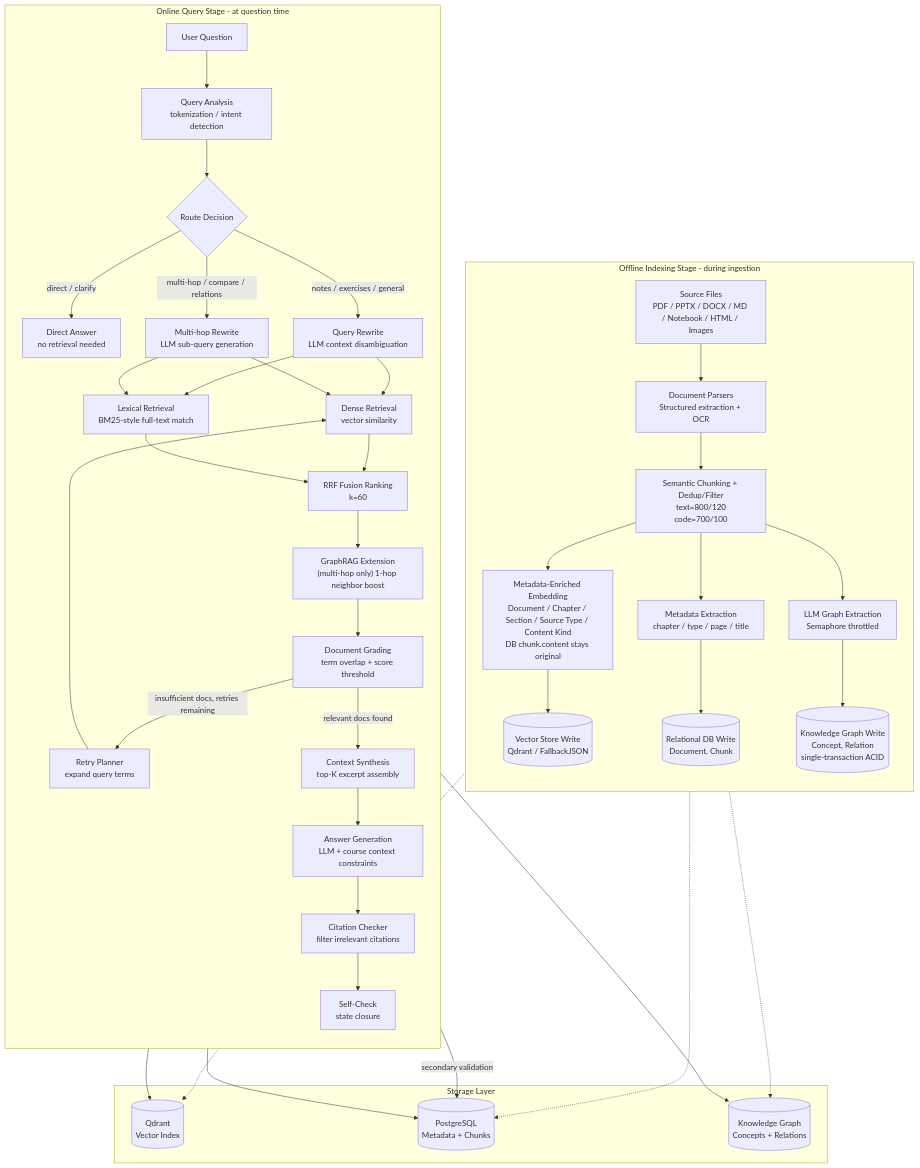
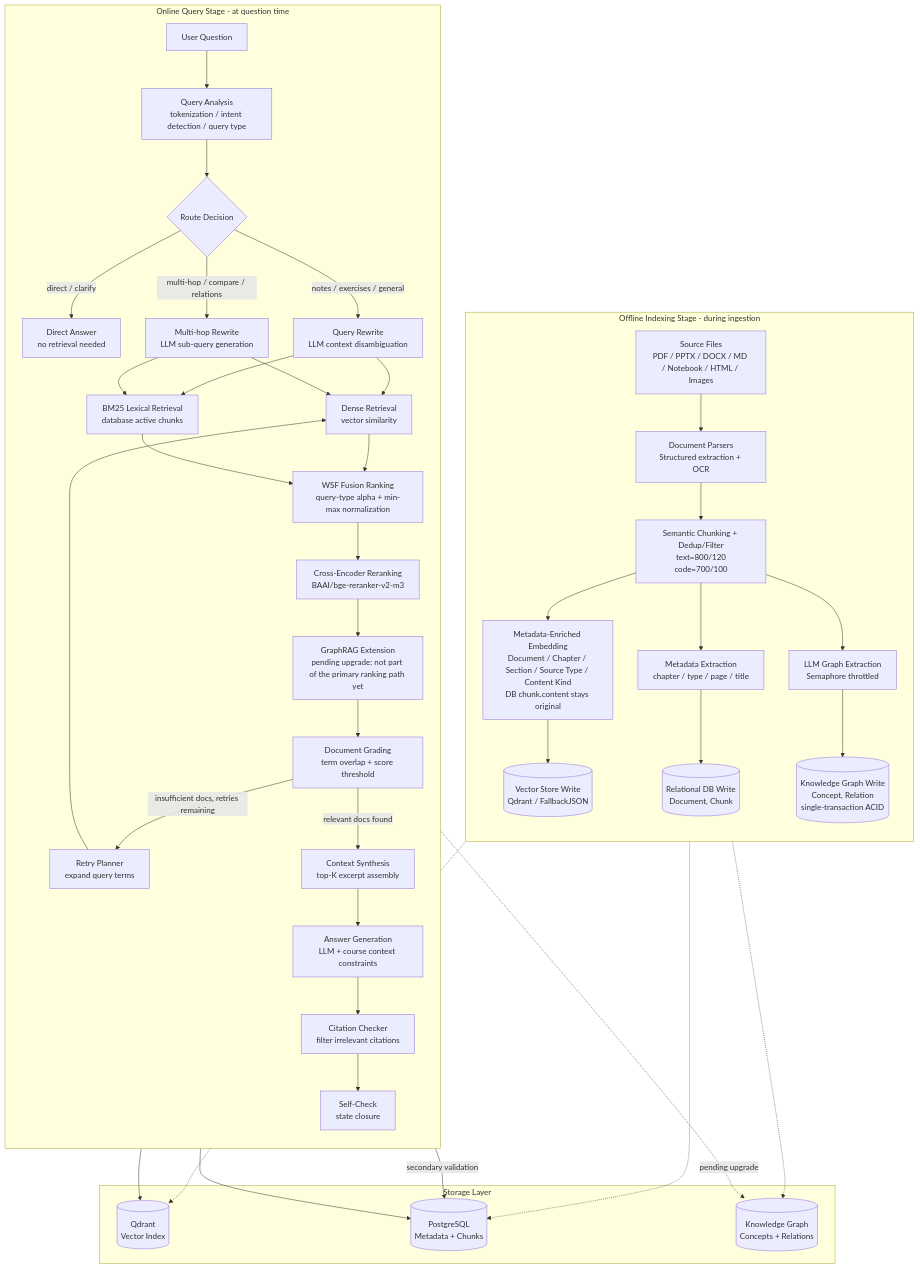
Before and after one commit to Sggggt/DialoGraph: the fourth of 6 diagrams in README.en.md, drawn with Mermaid. The commit also changed other lines of this file and 8 other files, not shown here.

Commit message:
feat: 检索架构已升级为Dense + BM25 + WSF + bge-reranker，GraphRAG待升级

````diff
--- a/README.en.md
+++ b/README.en.md
@@ -383,52 +411,53 @@
 ```mermaid
 flowchart TB
     subgraph OFFLINE["Offline Indexing Stage - during ingestion"]
         direction TB
         SRC["Source Files<br/>PDF / PPTX / DOCX / MD / Notebook / HTML / Images"]
         SRC --> PARSE["Document Parsers<br/>Structured extraction + OCR"]
         PARSE --> CHUNK["Semantic Chunking + Dedup/Filter<br/>text=800/120<br/>code=700/100"]
         CHUNK --> EMB["Metadata-Enriched Embedding<br/>Document / Chapter / Section / Source Type / Content Kind<br/>DB chunk.content stays original"]
         CHUNK --> META["Metadata Extraction<br/>chapter / type / page / title"]
         EMB --> VEC_W[("Vector Store Write<br/>Qdrant / FallbackJSON")]
         META --> DB_W[("Relational DB Write<br/>Document, Chunk")]
         CHUNK --> LLM_G["LLM Graph Extraction<br/>Semaphore throttled"]
         LLM_G --> GRAPH_W[("Knowledge Graph Write<br/>Concept, Relation<br/>single-transaction ACID")]
     end
 
     subgraph ONLINE["Online Query Stage - at question time"]
         direction TB
-        Q["User Question"] --> QA["Query Analysis<br/>tokenization / intent detection"]
+        Q["User Question"] --> QA["Query Analysis<br/>tokenization / intent detection / query type"]
         QA --> ROUTE{"Route Decision"}
         ROUTE -->|direct / clarify| DIRECT["Direct Answer<br/>no retrieval needed"]
         ROUTE -->|notes / exercises / general| REWRITE["Query Rewrite<br/>LLM context disambiguation"]
         ROUTE -->|multi-hop / compare / relations| MULTI_HOP["Multi-hop Rewrite<br/>LLM sub-query generation"]
         REWRITE --> DENSE["Dense Retrieval<br/>vector similarity"]
-        REWRITE --> LEX["Lexical Retrieval<br/>BM25-style full-text match"]
+        REWRITE --> LEX["BM25 Lexical Retrieval<br/>database active chunks"]
         MULTI_HOP --> DENSE
         MULTI_HOP --> LEX
-        DENSE --> RRF["RRF Fusion Ranking<br/>k=60"]
-        LEX --> RRF
-        RRF --> GRAPH_EXT["GraphRAG Extension<br/>(multi-hop only) 1-hop neighbor boost"]
+        DENSE --> WSF["WSF Fusion Ranking<br/>query-type alpha + min-max normalization"]
+        LEX --> WSF
+        WSF --> RERANK["Cross-Encoder Reranking<br/>BAAI/bge-reranker-v2-m3"]
+        RERANK --> GRAPH_EXT["GraphRAG Extension<br/>pending upgrade: not part of the primary ranking path yet"]
         GRAPH_EXT --> GRADE["Document Grading<br/>term overlap + score threshold"]
         GRADE -->|insufficient docs, retries remaining| RETRY["Retry Planner<br/>expand query terms"]
         RETRY --> DENSE
         GRADE -->|relevant docs found| CTX["Context Synthesis<br/>top-K excerpt assembly"]
         CTX --> GEN["Answer Generation<br/>LLM + course context constraints"]
         GEN --> CITE["Citation Checker<br/>filter irrelevant citations"]
         CITE --> SELF["Self-Check<br/>state closure"]
     end
 
     subgraph STORAGE["Storage Layer"]
         VEC[("Qdrant<br/>Vector Index")]
         DB[("PostgreSQL<br/>Metadata + Chunks")]
         KG[("Knowledge Graph<br/>Concepts + Relations")]
     end
 
     VEC_W -.-> VEC
     DB_W -.-> DB
     GRAPH_W -.-> KG
     DENSE --> VEC
     LEX --> DB
-    GRAPH_EXT --> KG
+    GRAPH_EXT -. "pending upgrade" .-> KG
     GRADE -->|secondary validation| DB
 ```
````
